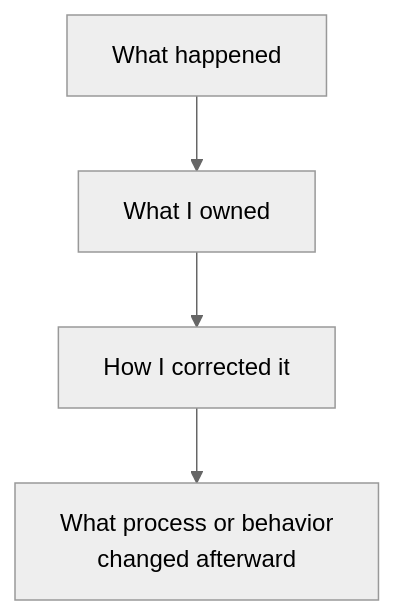
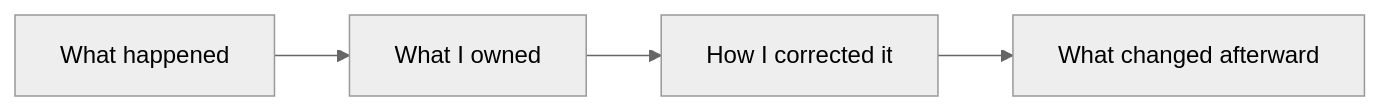
One commit to AvadhBhalodiya/Interview-Preparation changed the fourth of 4 diagrams in src/content/behavioral/star-method.md. Above: the diagram before and after it, drawn with Mermaid (neutral theme). The commit also changed other lines of this file and 54 other files, not shown here.

````diff
--- a/src/content/behavioral/star-method.md
+++ b/src/content/behavioral/star-method.md
@@ -333,6 +277,6 @@
 ```mermaid
-flowchart TD
+flowchart LR
     A[What happened] --> B[What I owned]
     B --> C[How I corrected it]
-    C --> D["What process or behavior<br/>changed afterward"]
+    C --> D[What changed afterward]
 ```
````
